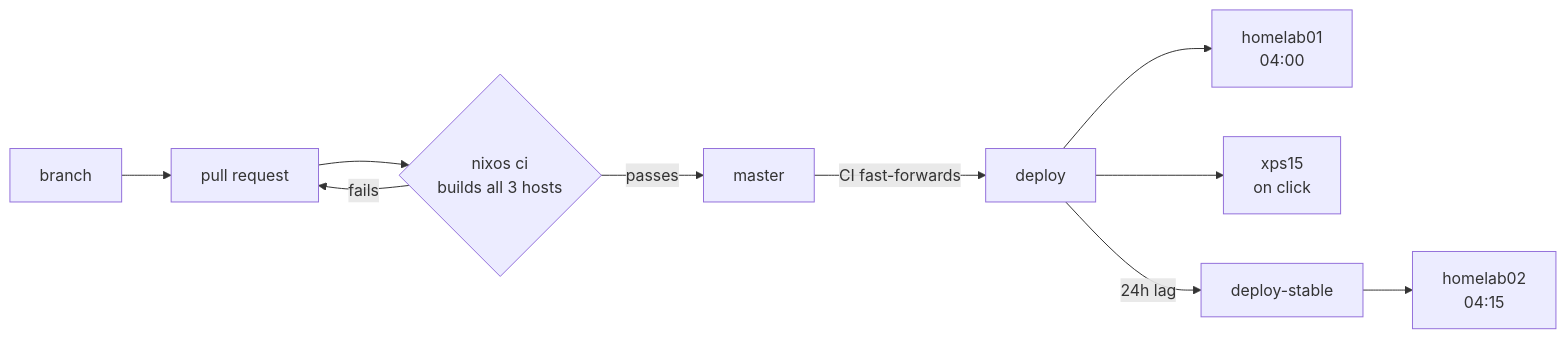
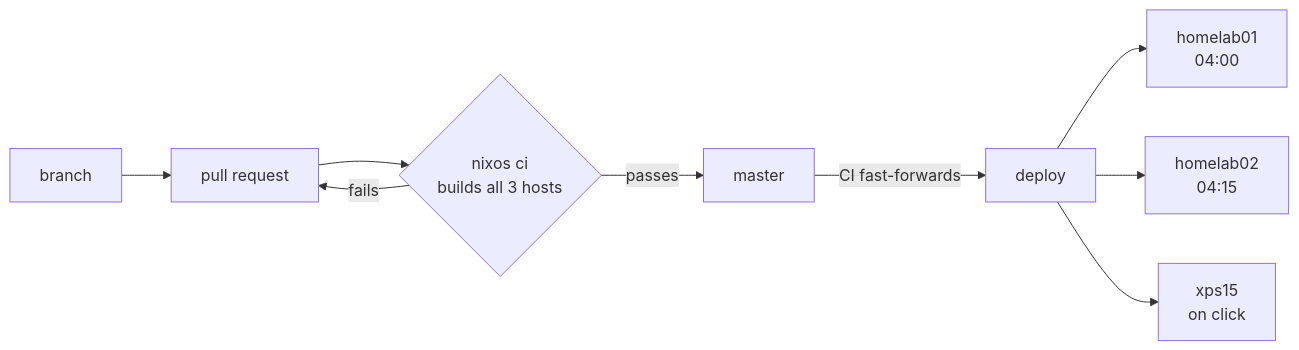
One commit to corygyarmathy/dotfiles changed the diagram in README.md. Above: the diagram before and after it, drawn with Mermaid. The commit also changed other lines of this file and 6 other files, not shown here.

First line of the commit message:
refactor(deploy): retire deploy-stable, both servers follow deploy (#23)

````diff
--- a/README.md
+++ b/README.md
@@ -9,12 +9,11 @@
 ```mermaid
 flowchart LR
     A[branch] --> B[pull request]
     B --> C{"nixos ci<br/>builds all 3 hosts"}
     C -->|fails| B
     C -->|passes| D[master]
     D -->|CI fast-forwards| E[deploy]
     E --> F[homelab01<br/>04:00]
+    E --> I[homelab02<br/>04:15]
     E --> G[xps15<br/>on click]
-    E -->|24h lag| H[deploy-stable]
-    H --> I[homelab02<br/>04:15]
 ```
````
